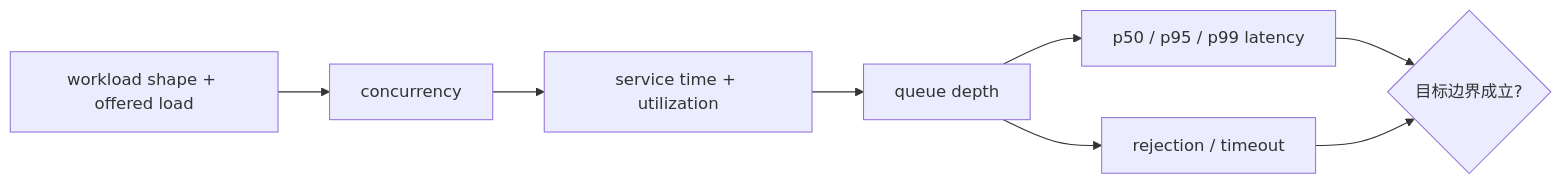
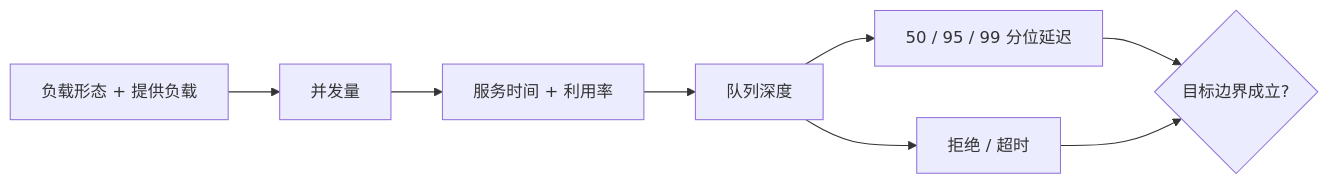
One commit to sealday/tego-arch changed the diagram in content/quality-attributes/qa-03-performance-latency-throughput-capacity.mdx. Above: the diagram before and after it, drawn with Mermaid. The commit also changed other lines of this file and 20 other files, not shown here.

````diff
--- a/content/quality-attributes/qa-03-performance-latency-throughput-capacity.mdx
+++ b/content/quality-attributes/qa-03-performance-latency-throughput-capacity.mdx
@@ -100,10 +100,10 @@
 ```mermaid
 flowchart LR
-  W[workload shape + offered load] --> C[concurrency]
-  C --> S[service time + utilization]
-  S --> Q[queue depth]
-  Q --> L[p50 / p95 / p99 latency]
-  Q --> R[rejection / timeout]
+  W[负载形态 + 提供负载] --> C[并发量]
+  C --> S[服务时间 + 利用率]
+  S --> Q[队列深度]
+  Q --> L[50 / 95 / 99 分位延迟]
+  Q --> R[拒绝 / 超时]
   L --> B{目标边界成立?}
   R --> B
 ```
````
